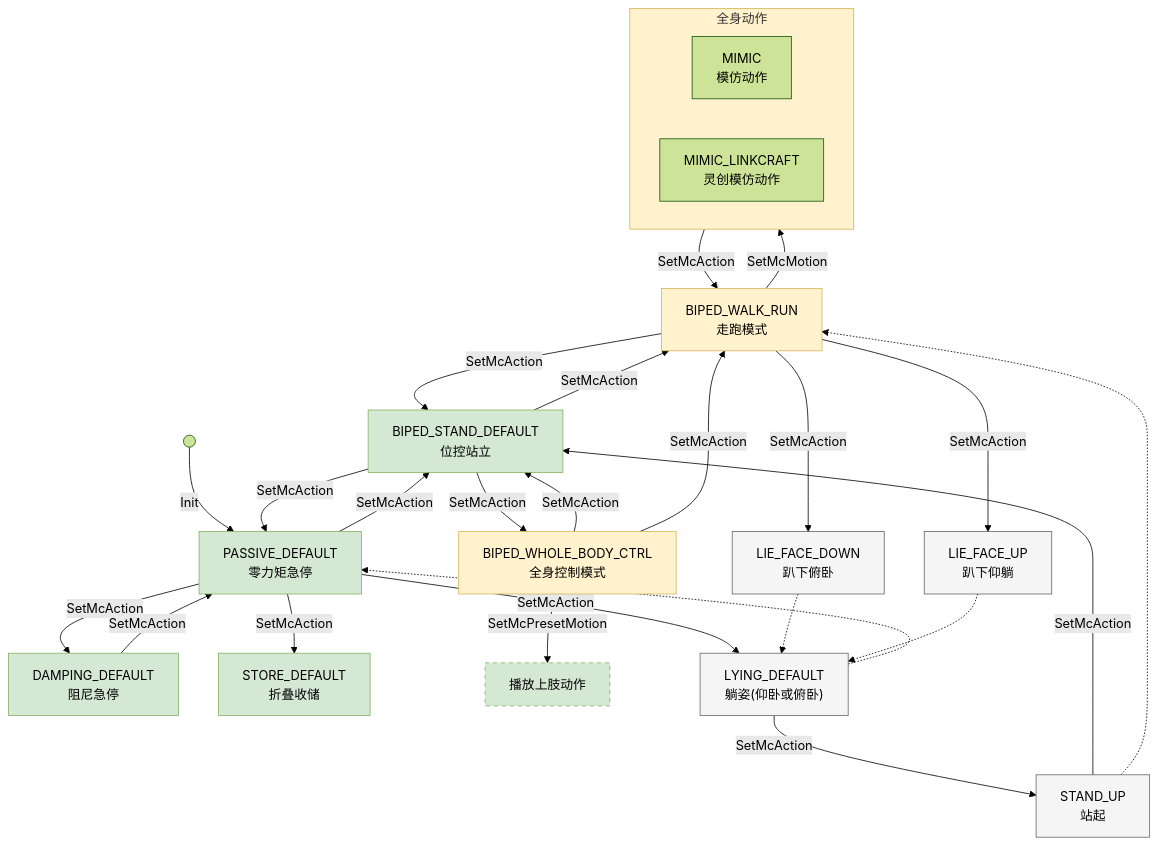
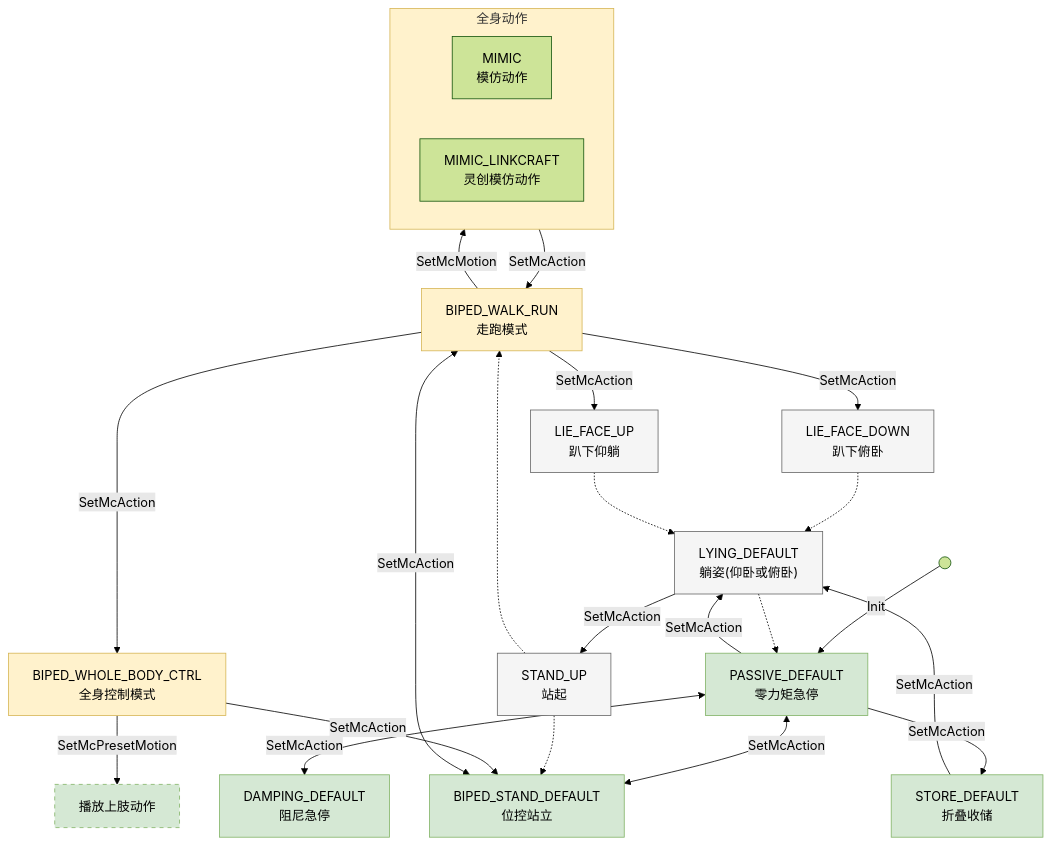
Before and after one commit to PrimbotTech/primbot-t1-sdk: the diagram in 接口说明.md, drawn with Mermaid (forest theme). The commit also changed other lines of this file, not shown here.

````diff
--- a/接口说明.md
+++ b/接口说明.md
@@ -238,76 +238,73 @@
 ```mermaid
 graph TD
     %% 定义节点
     START(( )) -- "Init" --> PASSIVE
     
     %% 位置控制节点 (绿色系)
     PASSIVE["PASSIVE_DEFAULT<br/>零力矩急停"]
     DAMPING["DAMPING_DEFAULT<br/>阻尼急停"]
     STAND["BIPED_STAND_DEFAULT<br/>位控站立"]
     STORE["STORE_DEFAULT<br/>折叠收储"]
     PRESET_BOX["播放上肢动作"]
     
     %% 力矩控制节点 (黄色系)
     WALK["BIPED_WALK_RUN<br/>走跑模式"]
     WBC["BIPED_WHOLE_BODY_CTRL<br/>全身控制模式"]
     
     subgraph MIMIC_BOX ["全身动作"]
         MIMIC["MIMIC<br/>模仿动作"]
         LINKCRAFT["MIMIC_LINKCRAFT<br/>灵创模仿动作"]
     end
 
     %% 过渡状态 (灰色系)
     STAND_UP["STAND_UP<br/>站起"]
     LIE_DOWN["LIE_FACE_DOWN<br/>趴下俯卧"]
     LIE_UP["LIE_FACE_UP<br/>趴下仰躺"]
     LYING["LYING_DEFAULT<br/>躺姿(仰卧或俯卧)"]
 
     %% 跳转逻辑及接口标注
-    PASSIVE -- "SetMcAction" --> DAMPING
-    DAMPING -- "SetMcAction" --> PASSIVE
-    
-    PASSIVE -- "SetMcAction" --> STAND
-    STAND -- "SetMcAction" --> PASSIVE
+    PASSIVE -- "SetMcAction" <--> DAMPING
+    PASSIVE -- "SetMcAction" <--> STAND
     
     PASSIVE -- "SetMcAction" --> STORE
     PASSIVE -- "SetMcAction" --> LYING
+    
+    STORE -- "SetMcAction" --> LYING
     LYING -.-> PASSIVE
     
     LYING -- "SetMcAction" --> STAND_UP
-    STAND_UP -- "SetMcAction" --> STAND
+    STAND_UP -.-> STAND
     STAND_UP -.-> WALK
     
-    STAND -- "SetMcAction" --> WALK
-    WALK -- "SetMcAction" --> STAND
+    STAND -- "SetMcAction" <--> WALK
     
-    STAND -- "SetMcAction" --> WBC
+    WALK -- "SetMcAction" --> WBC
     WBC -- "SetMcAction" --> STAND
-    WBC -- "SetMcAction" --> WALK
     
     WBC -- "SetMcPresetMotion" --> PRESET_BOX
     
     WALK -- "SetMcMotion" --> MIMIC_BOX
     MIMIC_BOX -- "SetMcAction" --> WALK
     
     WALK -- "SetMcAction" --> LIE_DOWN
     WALK -- "SetMcAction" --> LIE_UP
     
     LIE_DOWN -.-> LYING
     LIE_UP -.-> LYING
 
     %% 样式美化
     style PASSIVE fill:#d5e8d4,stroke:#82b366
     style DAMPING fill:#d5e8d4,stroke:#82b366
     style STAND fill:#d5e8d4,stroke:#82b366
     style STORE fill:#d5e8d4,stroke:#82b366
     style PRESET_BOX fill:#d5e8d4,stroke:#82b366,stroke-dasharray: 5 5
     
     style WALK fill:#fff2cc,stroke:#d6b656
     style WBC fill:#fff2cc,stroke:#d6b656
     style MIMIC_BOX fill:#fff2cc,stroke:#d6b656
     
     style STAND_UP fill:#f5f5f5,stroke:#666666
     style LIE_DOWN fill:#f5f5f5,stroke:#666666
     style LIE_UP fill:#f5f5f5,stroke:#666666
     style LYING fill:#f5f5f5,stroke:#666666
 ```
````
